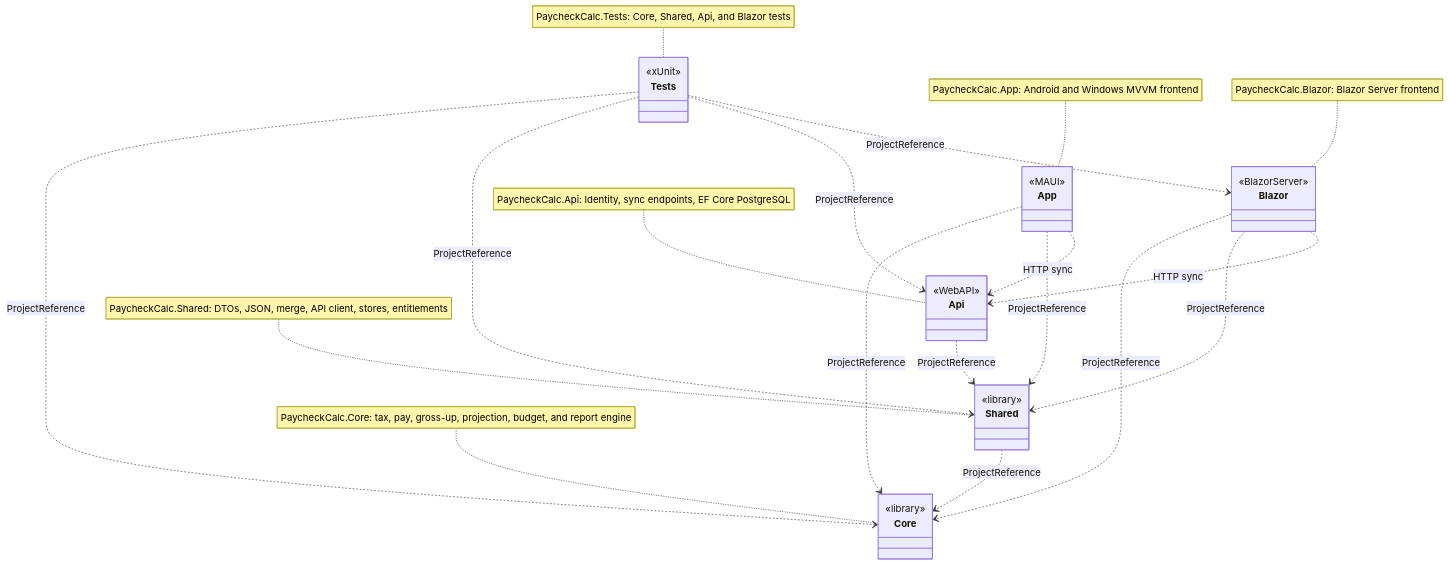
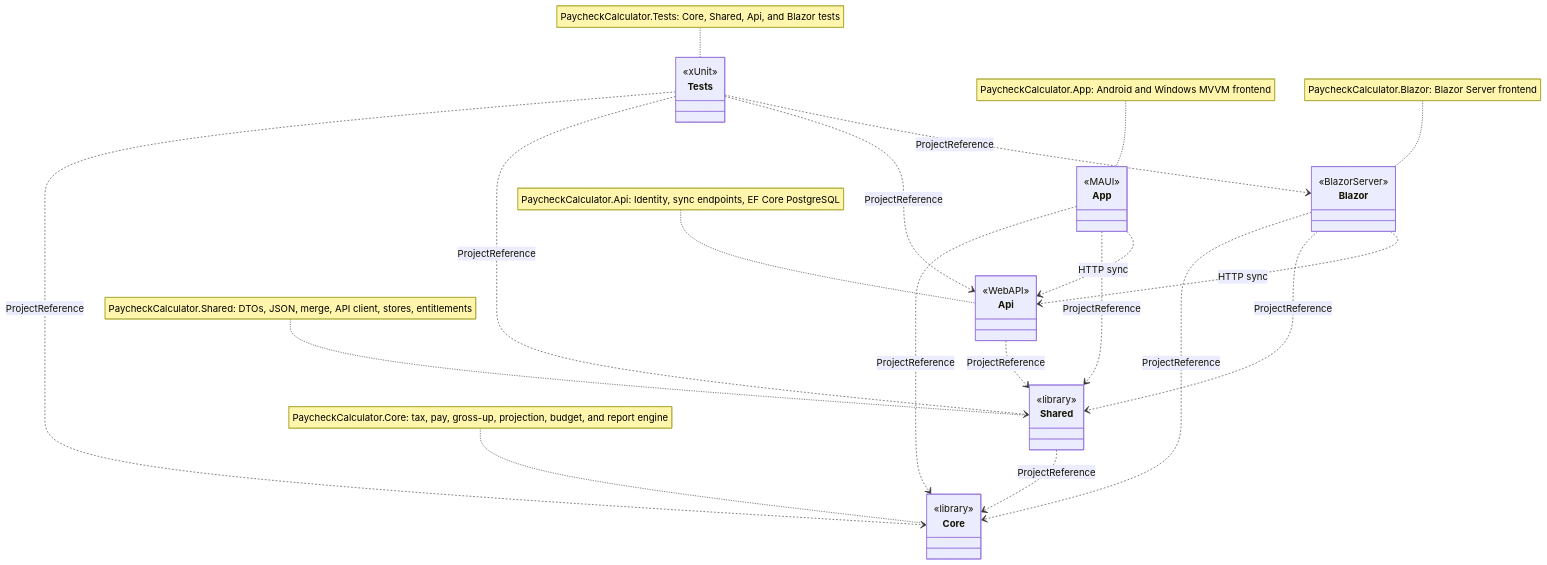
The first of 9 diagrams in docs/class-diagram.md (Fibonacci-0112/PaycheckCalculator), drawn with Mermaid before and after one commit. The commit also changed 849 other files, not shown here.

First line of the commit message:
chore: rename all projects from PaycheckCalc.* to PaycheckCalculator.*

````diff
--- a/docs/class-diagram.md
+++ b/docs/class-diagram.md
@@ -9,38 +9,38 @@
 ```mermaid
 classDiagram
     direction TB
 
     class Core
     class Shared
     class App
     class Blazor
     class Api
     class Tests
 
     <<library>> Core
     <<library>> Shared
     <<MAUI>> App
     <<BlazorServer>> Blazor
     <<WebAPI>> Api
     <<xUnit>> Tests
 
-    note for Core "PaycheckCalc.Core: tax, pay, gross-up, projection, budget, and report engine"
-    note for Shared "PaycheckCalc.Shared: DTOs, JSON, merge, API client, stores, entitlements"
-    note for App "PaycheckCalc.App: Android and Windows MVVM frontend"
-    note for Blazor "PaycheckCalc.Blazor: Blazor Server frontend"
-    note for Api "PaycheckCalc.Api: Identity, sync endpoints, EF Core PostgreSQL"
-    note for Tests "PaycheckCalc.Tests: Core, Shared, Api, and Blazor tests"
+    note for Core "PaycheckCalculator.Core: tax, pay, gross-up, projection, budget, and report engine"
+    note for Shared "PaycheckCalculator.Shared: DTOs, JSON, merge, API client, stores, entitlements"
+    note for App "PaycheckCalculator.App: Android and Windows MVVM frontend"
+    note for Blazor "PaycheckCalculator.Blazor: Blazor Server frontend"
+    note for Api "PaycheckCalculator.Api: Identity, sync endpoints, EF Core PostgreSQL"
+    note for Tests "PaycheckCalculator.Tests: Core, Shared, Api, and Blazor tests"
 
     Shared ..> Core : ProjectReference
     App ..> Core : ProjectReference
     App ..> Shared : ProjectReference
     Blazor ..> Core : ProjectReference
     Blazor ..> Shared : ProjectReference
     Api ..> Shared : ProjectReference
     Tests ..> Core : ProjectReference
     Tests ..> Shared : ProjectReference
     Tests ..> Api : ProjectReference
     Tests ..> Blazor : ProjectReference
     App ..> Api : HTTP sync
     Blazor ..> Api : HTTP sync
 ```
````
